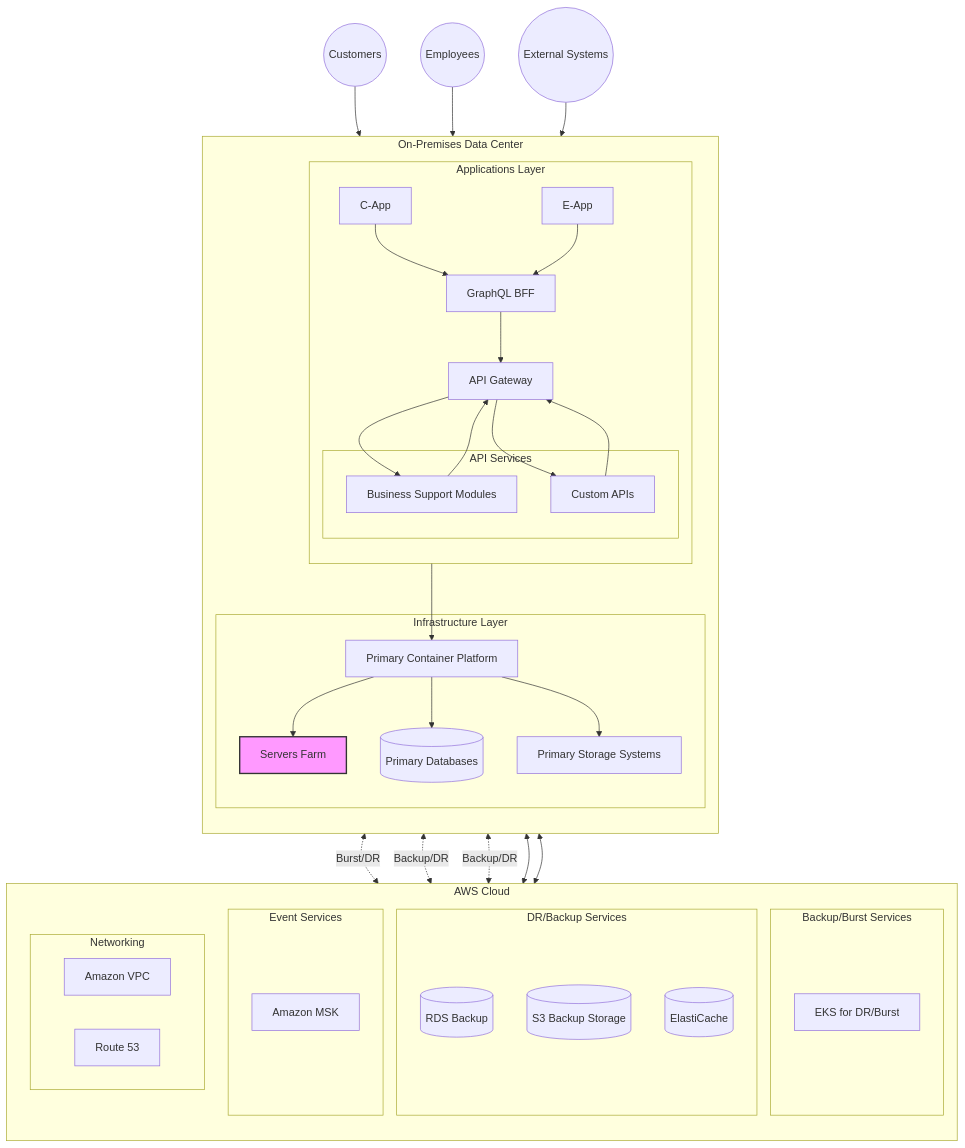
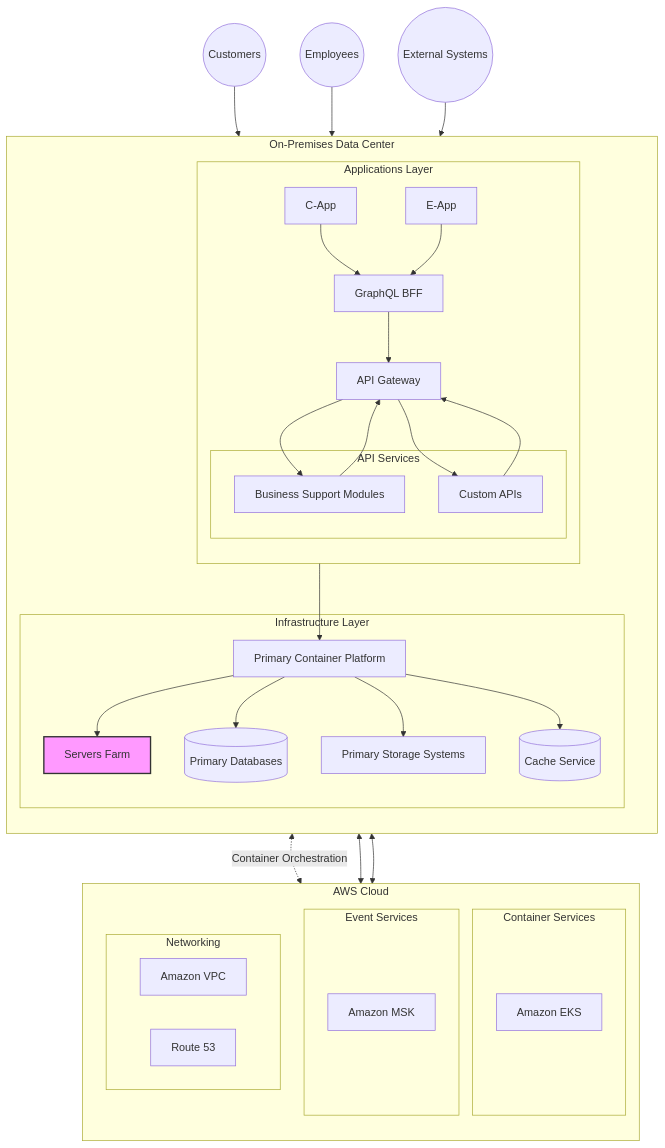
Before and after one commit to henryrestive/infra-docs: the diagram in AWS-HybridCloud.md, drawn with Mermaid. The commit also changed other lines of this file and 2 other files, not shown here.

Commit message:
Revising to accomodate the requirements of data governance

````diff
--- a/AWS-HybridCloud.md
+++ b/AWS-HybridCloud.md
@@ -8,68 +8,62 @@
 ```mermaid
 graph TB
     subgraph OnPrem[On-Premises Data Center]
         direction TB
         subgraph Apps[Applications Layer]
             CApp[C-App]
             EApp[E-App]
             subgraph API[API Services]
                 BSM[Business Support Modules]
                 CustomAPI[Custom APIs]
             end
             BFF[GraphQL BFF]
             Gateway[API Gateway]
         end
         
         subgraph Infrastructure[Infrastructure Layer]
             ServersFarm[Servers Farm]:::serversFarm
             ContainerPlatform[Primary Container Platform]
             PrimaryDB[(Primary Databases)]
             PrimaryStorage[Primary Storage Systems]
+            CacheService[(Cache Service)]
         end
     end
 
     subgraph AWS[AWS Cloud]
         direction TB
-        subgraph Compute[Backup/Burst Services]
-            EKS[EKS for DR/Burst]
-        end
-        
-        subgraph Data[DR/Backup Services]
-            RDS[(RDS Backup)]
-            S3[(S3 Backup Storage)]
-            ElastiCache[(ElastiCache)]
+        subgraph Compute[Container Services]
+            EKS[Amazon EKS]
         end
         
         subgraph Messaging[Event Services]
             MSK[Amazon MSK]
         end
         
         subgraph Network[Networking]
             VPC[Amazon VPC]
             Route53[Route 53]
         end
     end
 
     Customers((Customers))
     Employees((Employees))
     ExternalSystems((External Systems))
 
     CApp & EApp --> BFF
     BFF --> Gateway
     BSM & CustomAPI --> Gateway
     Gateway --> BSM
     Gateway --> CustomAPI
     Customers --> CApp
     Employees --> EApp
     ExternalSystems --> Gateway
     Apps --> ContainerPlatform
     ContainerPlatform --> ServersFarm
     ContainerPlatform --> PrimaryDB
     ContainerPlatform --> PrimaryStorage
-    ContainerPlatform <-.->|Burst/DR| EKS
-    PrimaryDB <-.->|Backup/DR| RDS
-    PrimaryStorage <-.->|Backup/DR| S3
+    ContainerPlatform --> CacheService
+    ContainerPlatform <-.->|Container Orchestration| EKS
     BSM & CustomAPI <--> MSK
 
     classDef serversFarm fill:#f9f,stroke:#333,stroke-width:2px;
 ```
````
